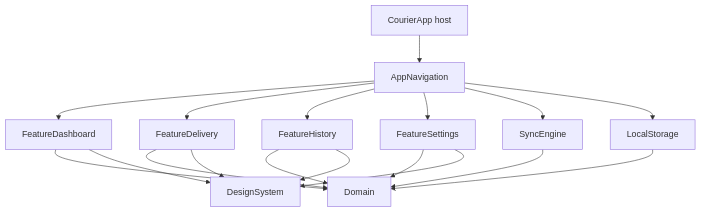
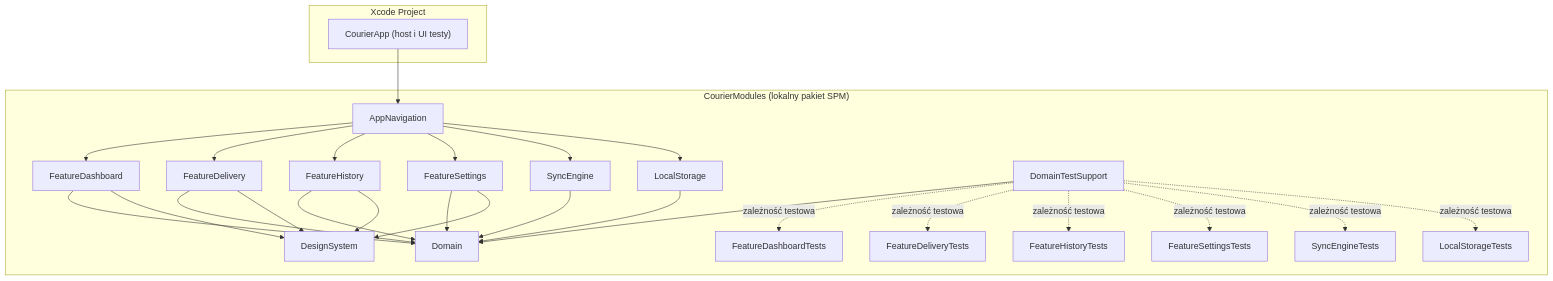
Before and after one commit to kamilgomolka/demo-courier-app: the first of 2 diagrams in Docs/implementationPlan.md, drawn with Mermaid. The commit also changed other lines of this file, not shown here.

````diff
--- a/Docs/implementationPlan.md
+++ b/Docs/implementationPlan.md
@@ -56,20 +56,20 @@
 ```mermaid
 flowchart TD
-    CourierAppHost[CourierApp host] --> AppNavigation
-    AppNavigation --> FeatureDashboard
-    AppNavigation --> FeatureDelivery
-    AppNavigation --> FeatureHistory
-    AppNavigation --> FeatureSettings
-    AppNavigation --> SyncEngine
-    AppNavigation --> LocalStorage
-    FeatureDashboard --> Domain
-    FeatureDashboard --> DesignSystem
-    FeatureDelivery --> Domain
-    FeatureDelivery --> DesignSystem
-    FeatureHistory --> Domain
-    FeatureHistory --> DesignSystem
-    FeatureSettings --> Domain
-    FeatureSettings --> DesignSystem
-    SyncEngine --> Domain
-    LocalStorage --> Domain
+    subgraph XcodeProject["Xcode Project"]
+        CourierAppHost["CourierApp (host i UI testy)"]
+    end
+
+    subgraph CourierModules["CourierModules (lokalny pakiet SPM)"]
+        AppNavigation --> FeatureDashboard & FeatureDelivery & FeatureHistory & FeatureSettings
+        AppNavigation --> SyncEngine & LocalStorage
+
+        FeatureDashboard & FeatureDelivery & FeatureHistory & FeatureSettings --> Domain & DesignSystem
+        SyncEngine --> Domain
+        LocalStorage --> Domain
+
+        DomainTestSupport --> Domain
+        DomainTestSupport -.->|zależność testowa| FeatureDashboardTests & FeatureDeliveryTests & FeatureHistoryTests & FeatureSettingsTests & SyncEngineTests & LocalStorageTests
+    end
+
+    CourierAppHost --> AppNavigation
 ```
````
